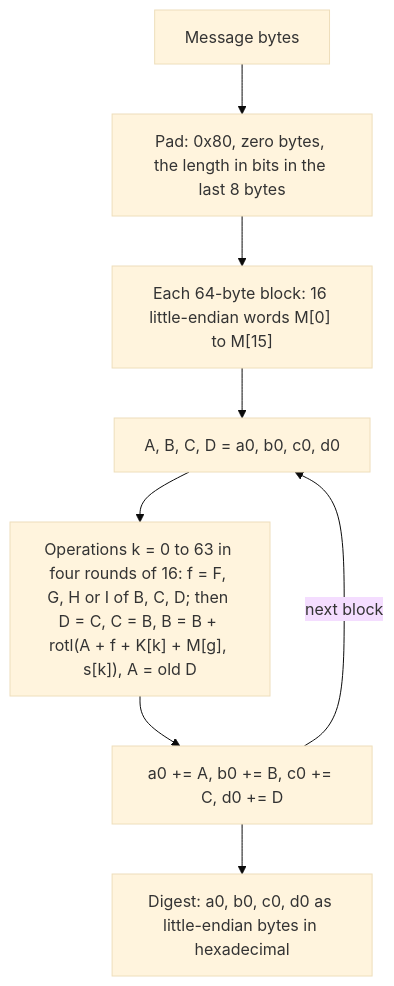
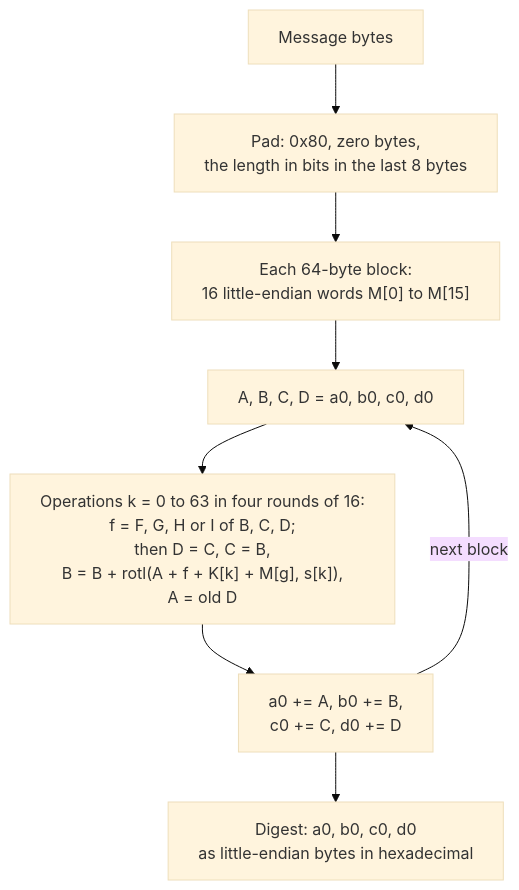
One commit to mtorun0x7cd/raven-one-simulink changed the second of 2 diagrams in README.md. Above: the diagram before and after it, drawn with Mermaid (base theme). The commit also changed other lines of this file and 1 other file, not shown here.

First line of the commit message:
Keep the labels of the README diagrams whole at every zoom

````diff
--- a/README.md
+++ b/README.md
@@ -285,12 +290,17 @@
 ```mermaid
+---
+config:
+  flowchart:
+    wrappingWidth: 400
+---
 flowchart TD
     accTitle: The MD5 computation of cMD5
     accDescr: The message bytes are padded with the byte 0x80, zero bytes and the length in bits. Each 64-byte block is read as 16 words. The registers A, B, C and D start from the chaining values a0, b0, c0 and d0, go through 64 operations in four rounds of 16 with the functions F, G, H and I, and are added to the chaining values. After the last block, the four chaining values, written as little-endian bytes in hexadecimal, are the digest.
-    msg["Message bytes"] --> pad["Pad: 0x80, zero bytes, the length in bits in the last 8 bytes"]
-    pad --> words["Each 64-byte block: 16 little-endian words M[0] to M[15]"]
+    msg["Message bytes"] --> pad["Pad: 0x80, zero bytes,<br/>the length in bits in the last 8 bytes"]
+    pad --> words["Each 64-byte block:<br/>16 little-endian words M[0] to M[15]"]
     words --> init["A, B, C, D = a0, b0, c0, d0"]
-    init --> ops["Operations k = 0 to 63 in four rounds of 16: f = F, G, H or I of B, C, D; then D = C, C = B, B = B + rotl(A + f + K[k] + M[g], s[k]), A = old D"]
-    ops --> add["a0 += A, b0 += B, c0 += C, d0 += D"]
+    init --> ops["Operations k = 0 to 63 in four rounds of 16:<br/>f = F, G, H or I of B, C, D;<br/>then D = C, C = B,<br/>B = B + rotl(A + f + K[k] + M[g], s[k]),<br/>A = old D"]
+    ops --> add["a0 += A, b0 += B,<br/>c0 += C, d0 += D"]
     add -->|next block| init
-    add --> out["Digest: a0, b0, c0, d0 as little-endian bytes in hexadecimal"]
+    add --> out["Digest: a0, b0, c0, d0<br/>as little-endian bytes in hexadecimal"]
 ```
````
